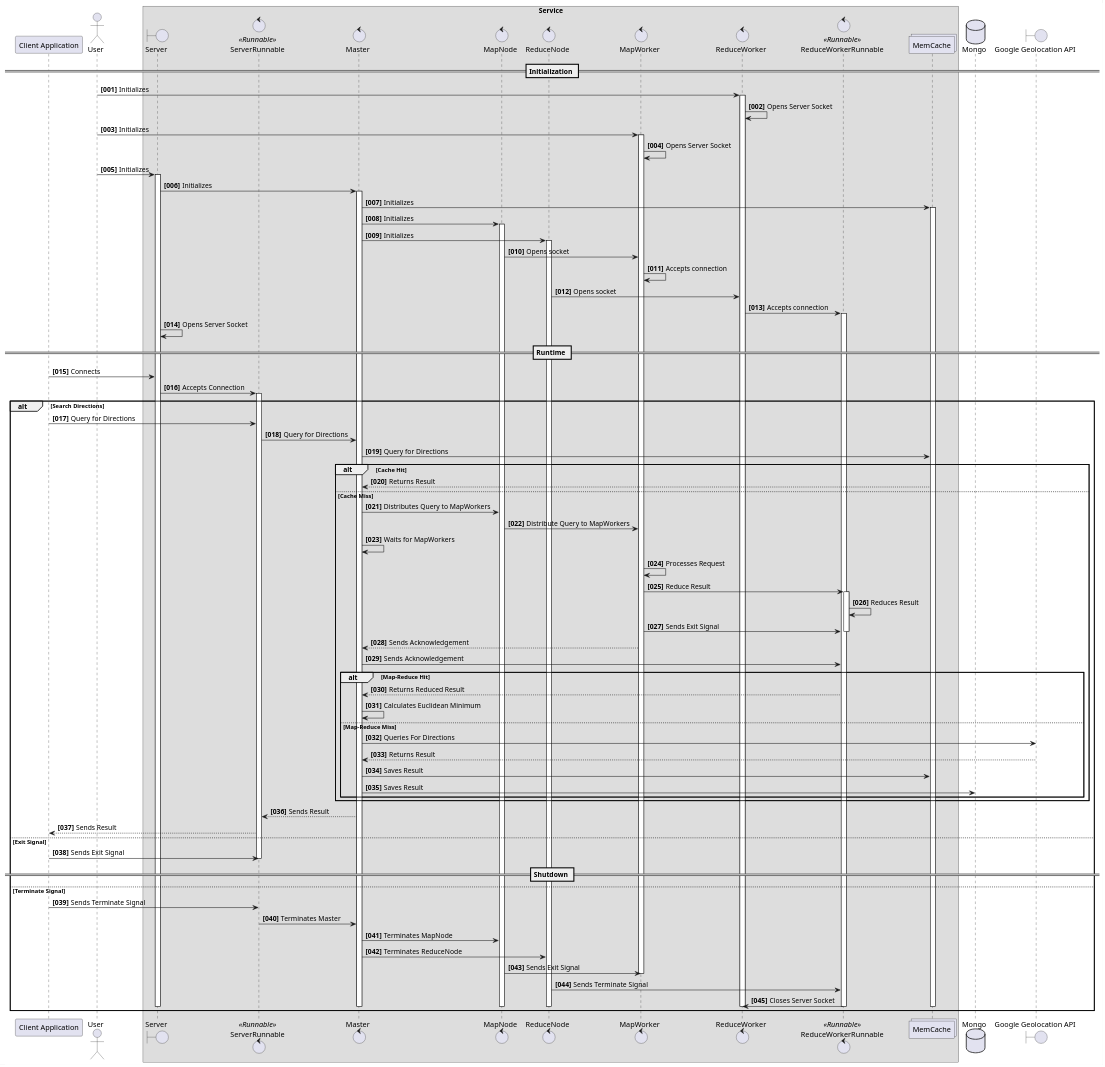
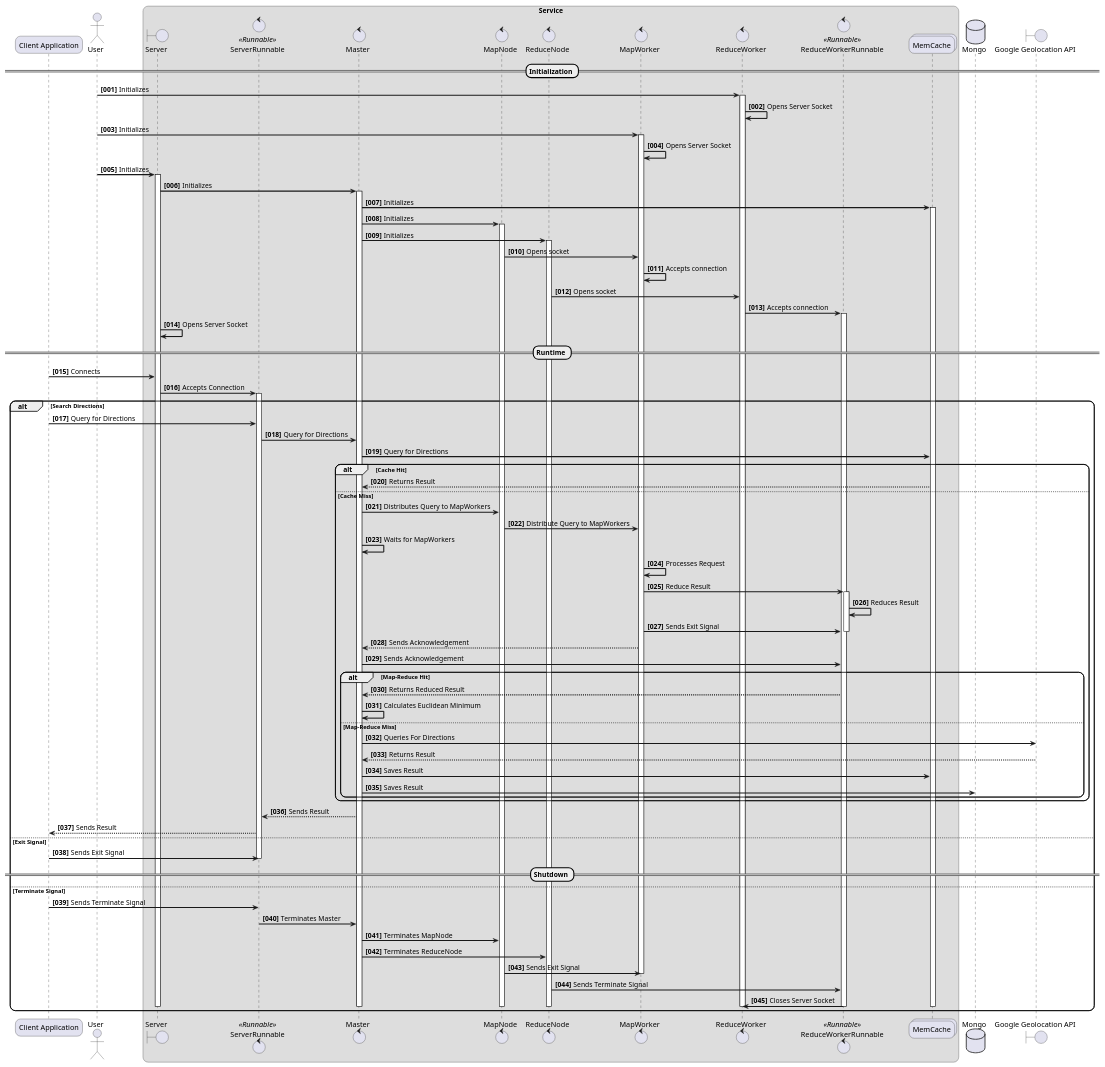
The diagram in diagrams/uml/sequence/lifecycle.plantuml (steve-papadogiannis/dist-sys-server-java), drawn with PlantUML before and after one commit. The commit also changed 1 other file, not shown here.

Commit message:
Thickening the sequence diagram arrows and rounding corners of objects [ci skip].

```diff
--- a/diagrams/uml/sequence/lifecycle.plantuml
+++ b/diagrams/uml/sequence/lifecycle.plantuml
@@ -1,161 +1,163 @@
 @startuml
+skinparam sequenceArrowThickness 2
+skinparam roundcorner 20
 participant "Client Application" as Client
 actor User
 box Service
 boundary Server
 control ServerRunnable <<Runnable>>
 control Master
 control MapNode
 control ReduceNode
 control MapWorker
 control ReduceWorker
 control ReduceWorkerRunnable <<Runnable>>
 collections MemCache
 end box
 database Mongo
 boundary "Google Geolocation API" as GGA
 autonumber "<b>[000]"
 
 == Initialization ==
 
 User -> ReduceWorker : Initializes
 activate ReduceWorker
 
 ReduceWorker -> ReduceWorker : Opens Server Socket
 
 User -> MapWorker : Initializes
 activate MapWorker
 
 MapWorker -> MapWorker : Opens Server Socket
 
 User -> Server: Initializes
 activate Server
 
 Server -> Master : Initializes
 activate Master
 
 Master -> MemCache : Initializes
 activate MemCache
 
 Master -> MapNode : Initializes
 activate MapNode
 
 Master -> ReduceNode : Initializes
 activate ReduceNode
 
 MapNode -> MapWorker : Opens socket
 
 MapWorker -> MapWorker : Accepts connection
 
 ReduceNode -> ReduceWorker : Opens socket
 
 ReduceWorker -> ReduceWorkerRunnable : Accepts connection
 activate ReduceWorkerRunnable
 
 Server -> Server : Opens Server Socket
 
 == Runtime ==
 
 Client -> Server : Connects
 
 Server -> ServerRunnable : Accepts Connection
 activate ServerRunnable
 
 alt Search Directions
 
 Client -> ServerRunnable : Query for Directions
 
 ServerRunnable -> Master : Query for Directions
 
 Master -> MemCache : Query for Directions
 
 alt Cache Hit
 
 MemCache --> Master : Returns Result
 
 else Cache Miss
 
 Master -> MapNode : Distributes Query to MapWorkers
 
 MapNode -> MapWorker : Distribute Query to MapWorkers
 
 Master -> Master : Waits for MapWorkers
 
 MapWorker -> MapWorker : Processes Request
 
 MapWorker -> ReduceWorkerRunnable : Reduce Result
 activate ReduceWorkerRunnable
 
 ReduceWorkerRunnable -> ReduceWorkerRunnable : Reduces Result
 
 MapWorker -> ReduceWorkerRunnable : Sends Exit Signal
 deactivate ReduceWorkerRunnable
 
 MapWorker --> Master : Sends Acknowledgement
 
 Master -> ReduceWorkerRunnable : Sends Acknowledgement
 
 alt Map-Reduce Hit
 
 ReduceWorkerRunnable --> Master : Returns Reduced Result
 
 Master -> Master : Calculates Euclidean Minimum
 
 else Map-Reduce Miss
 
 Master -> GGA : Queries For Directions
 
 GGA --> Master : Returns Result
 
 Master -> MemCache : Saves Result
 
 Master -> Mongo : Saves Result
 
 end
 
 end
 
 Master --> ServerRunnable : Sends Result
 
 ServerRunnable --> Client : Sends Result
 
 else Exit Signal
 
 Client -> ServerRunnable : Sends Exit Signal
 deactivate ServerRunnable
 
 == Shutdown ==
 
 else Terminate Signal
 
 Client -> ServerRunnable : Sends Terminate Signal
 
 ServerRunnable -> Master : Terminates Master
 
 Master -> MapNode : Terminates MapNode
 
 Master -> ReduceNode : Terminates ReduceNode
 
 MapNode -> MapWorker : Sends Exit Signal
 deactivate MapWorker
 
 ReduceNode -> ReduceWorkerRunnable : Sends Terminate Signal
 
 ReduceWorkerRunnable -> ReduceWorker : Closes Server Socket
 
 deactivate ReduceWorkerRunnable
 deactivate ReduceWorker
 
 deactivate ReduceNode
 deactivate MapNode
 deactivate MemCache
 deactivate Master
 
 deactivate ServerRunnable
 
 deactivate Server
 
 end
 
 
 @enduml
```
